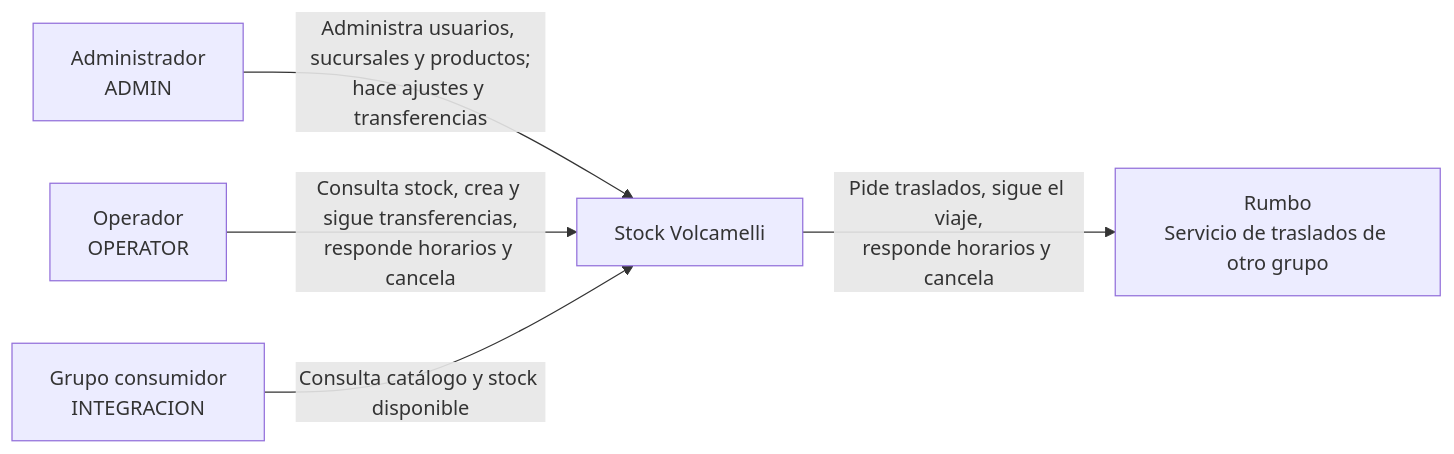
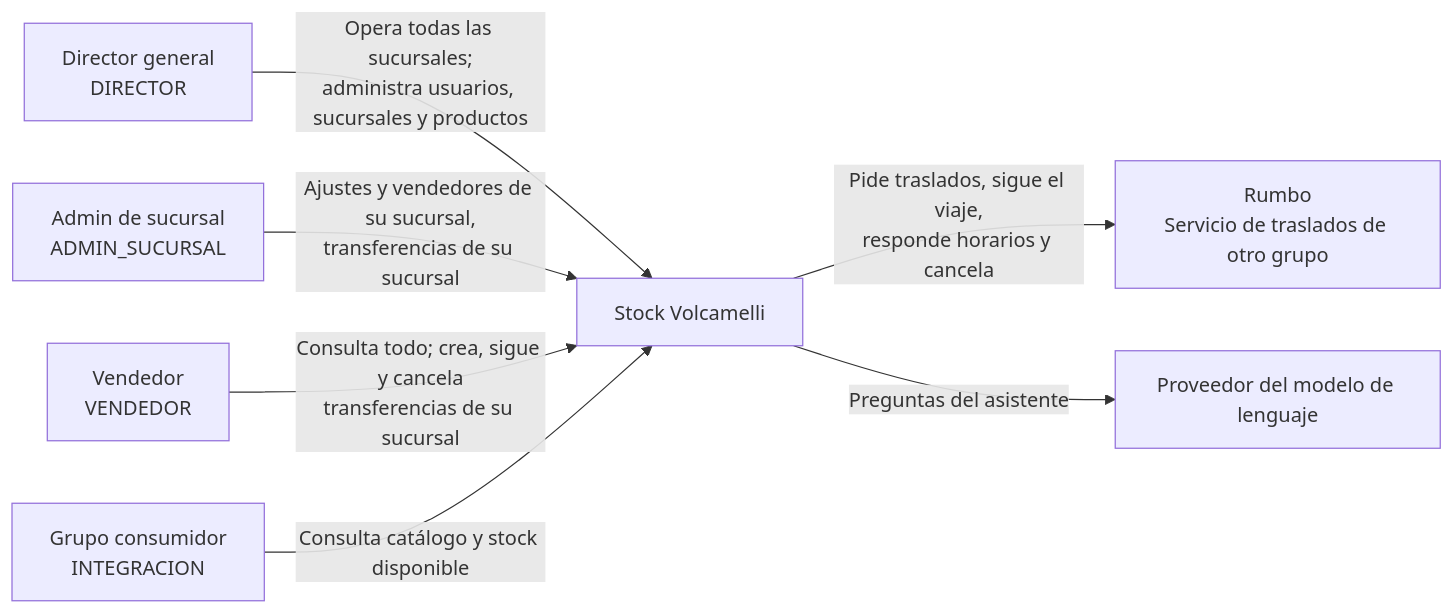
One commit to tomyvolo/Stock-Volcamelli changed the diagram in docs/diagramas/contexto.md. Above: the diagram before and after it, drawn with Mermaid. The commit also changed other lines of this file and 13 other files, not shown here.

````diff
--- a/docs/diagramas/contexto.md
+++ b/docs/diagramas/contexto.md
@@ -5,13 +5,17 @@
 ```mermaid
 flowchart LR
-    A["Administrador<br/>ADMIN"]
-    O["Operador<br/>OPERATOR"]
+    D["Director general<br/>DIRECTOR"]
+    A["Admin de sucursal<br/>ADMIN_SUCURSAL"]
+    V["Vendedor<br/>VENDEDOR"]
     C["Grupo consumidor<br/>INTEGRACION"]
     SV["Stock Volcamelli"]
     R["Rumbo<br/>Servicio de traslados de otro grupo"]
+    LLM["Proveedor del modelo de lenguaje"]
 
-    A -->|"Administra usuarios, sucursales y productos;<br/>hace ajustes y transferencias"| SV
-    O -->|"Consulta stock, crea y sigue transferencias,<br/>responde horarios y cancela"| SV
+    D -->|"Opera todas las sucursales;<br/>administra usuarios, sucursales y productos"| SV
+    A -->|"Ajustes y vendedores de su sucursal,<br/>transferencias de su sucursal"| SV
+    V -->|"Consulta todo; crea, sigue y cancela<br/>transferencias de su sucursal"| SV
     C -->|"Consulta catálogo y stock disponible"| SV
     SV -->|"Pide traslados, sigue el viaje,<br/>responde horarios y cancela"| R
+    SV -->|"Preguntas del asistente"| LLM
 ```
````
